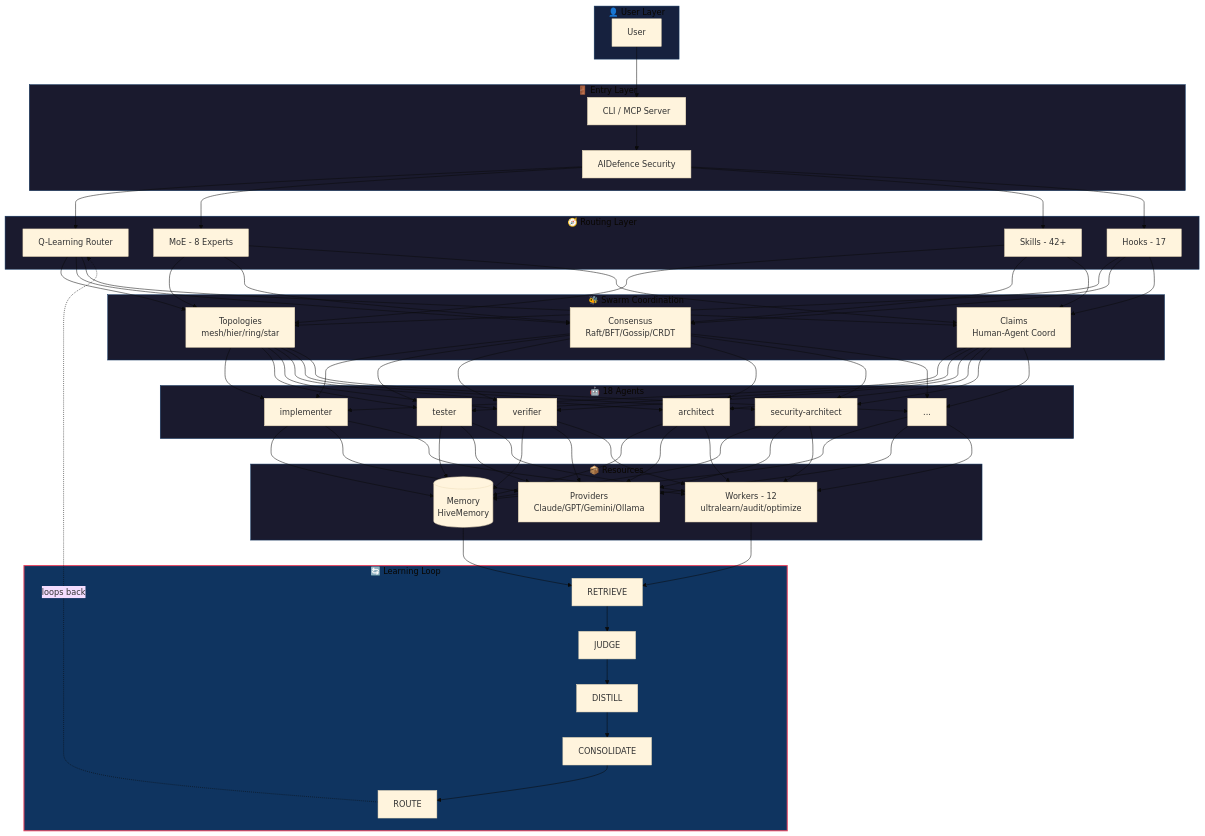
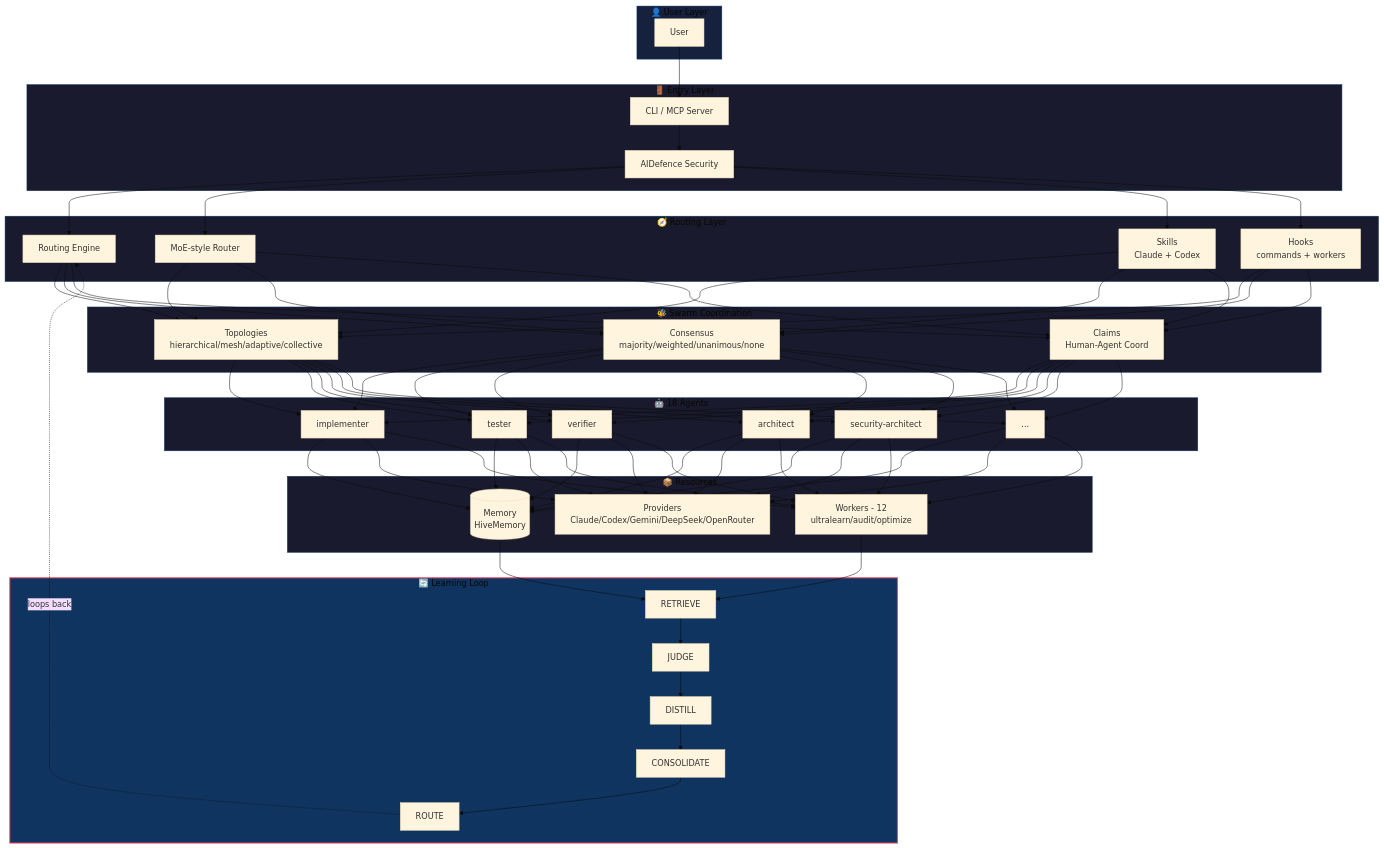
Before and after one commit to hypnwtykvmpr/hive-flow: the first of 6 diagrams in README.md, drawn with Mermaid (base theme). The commit also changed other lines of this file, not shown here.

````diff
--- a/README.md
+++ b/README.md
@@ -26,60 +26,60 @@
 ```mermaid
 flowchart TB
     subgraph USER["👤 User Layer"]
         U[User]
     end
 
     subgraph ENTRY["🚪 Entry Layer"]
         CLI[CLI / MCP Server]
         AID[AIDefence Security]
     end
 
     subgraph ROUTING["🧭 Routing Layer"]
-        QL[Q-Learning Router]
-        MOE[MoE - 8 Experts]
-        SK[Skills - 42+]
-        HK[Hooks - 17]
+        QL[Routing Engine]
+        MOE[MoE-style Router]
+        SK[Skills<br/>Claude + Codex]
+        HK[Hooks<br/>commands + workers]
     end
 
     subgraph SWARM["🐝 Swarm Coordination"]
-        TOPO[Topologies<br/>mesh/hier/ring/star]
-        CONS[Consensus<br/>Raft/BFT/Gossip/CRDT]
+        TOPO[Topologies<br/>hierarchical/mesh/adaptive/collective]
+        CONS[Consensus<br/>majority/weighted/unanimous/none]
         CLM[Claims<br/>Human-Agent Coord]
     end
 
     subgraph AGENTS["🤖 18 Agents"]
         AG1[implementer]
         AG2[tester]
         AG3[verifier]
         AG4[architect]
         AG5[security-architect]
         AG6[...]
     end
 
     subgraph RESOURCES["📦 Resources"]
         MEM[(Memory<br/>HiveMemory)]
-        PROV[Providers<br/>Claude/GPT/Gemini/Ollama]
+        PROV[Providers<br/>Claude/Codex/Gemini/DeepSeek/OpenRouter]
         WORK[Workers - 12<br/>ultralearn/audit/optimize]
     end
 
     subgraph LEARNING["🔄 Learning Loop"]
         L1[RETRIEVE] --> L2[JUDGE] --> L3[DISTILL] --> L4[CONSOLIDATE] --> L5[ROUTE]
     end
 
     U --> CLI
     CLI --> AID
     AID --> QL & MOE & SK & HK
     QL & MOE & SK & HK --> TOPO & CONS & CLM
     TOPO & CONS & CLM --> AG1 & AG2 & AG3 & AG4 & AG5 & AG6
     AG1 & AG2 & AG3 & AG4 & AG5 & AG6 --> MEM & PROV & WORK
     MEM & WORK --> L1
     L5 -.->|loops back| QL
 
     style LEARNING fill:#0f3460,stroke:#e94560,stroke-width:2px
     style USER fill:#16213e,stroke:#0f3460
     style ENTRY fill:#1a1a2e,stroke:#0f3460
     style ROUTING fill:#1a1a2e,stroke:#0f3460
     style SWARM fill:#1a1a2e,stroke:#0f3460
     style AGENTS fill:#1a1a2e,stroke:#0f3460
     style RESOURCES fill:#1a1a2e,stroke:#0f3460
 ```
````
